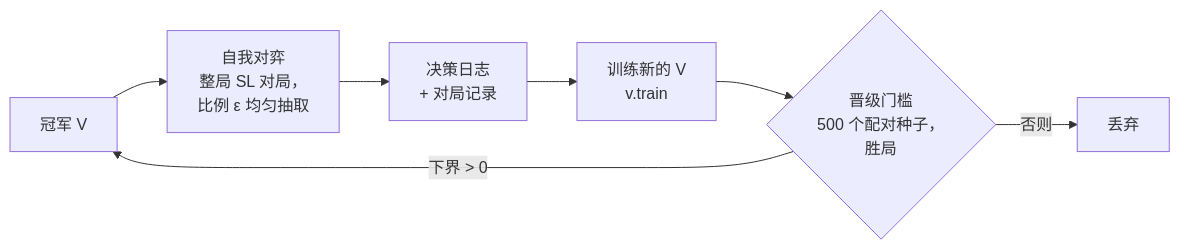
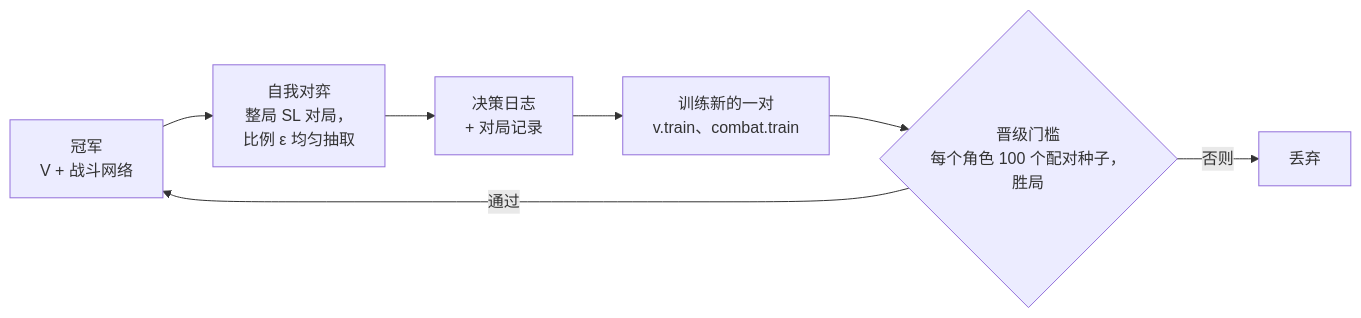
Before and after one commit to shinnku-nikaidou/spire-zero: the diagram in docs/src/content/docs/arch/macro-brain/selfplay.mdx, drawn with Mermaid. The commit also changed other lines of this file and 164 other files, not shown here.

````diff
--- a/docs/src/content/docs/arch/macro-brain/selfplay.mdx
+++ b/docs/src/content/docs/arch/macro-brain/selfplay.mdx
@@ -13,9 +13,9 @@
 ```mermaid
 flowchart LR
-  C["冠军 V"] --> P["自我对弈<br/>整局 SL 对局，<br/>比例 ε 均匀抽取"]
+  C["冠军<br/>V + 战斗网络"] --> P["自我对弈<br/>整局 SL 对局，<br/>比例 ε 均匀抽取"]
   P --> D["决策日志<br/>+ 对局记录"]
-  D --> T["训练新的 V<br/>v.train"]
-  T --> G{"晋级门槛<br/>500 个配对种子，<br/>胜局"}
-  G -->|"下界 > 0"| C
+  D --> T["训练新的一对<br/>v.train、combat.train"]
+  T --> G{"晋级门槛<br/>每个角色 100 个配对种子，<br/>胜局"}
+  G -->|"通过"| C
   G -->|"否则"| X["丢弃"]
 ```
````
